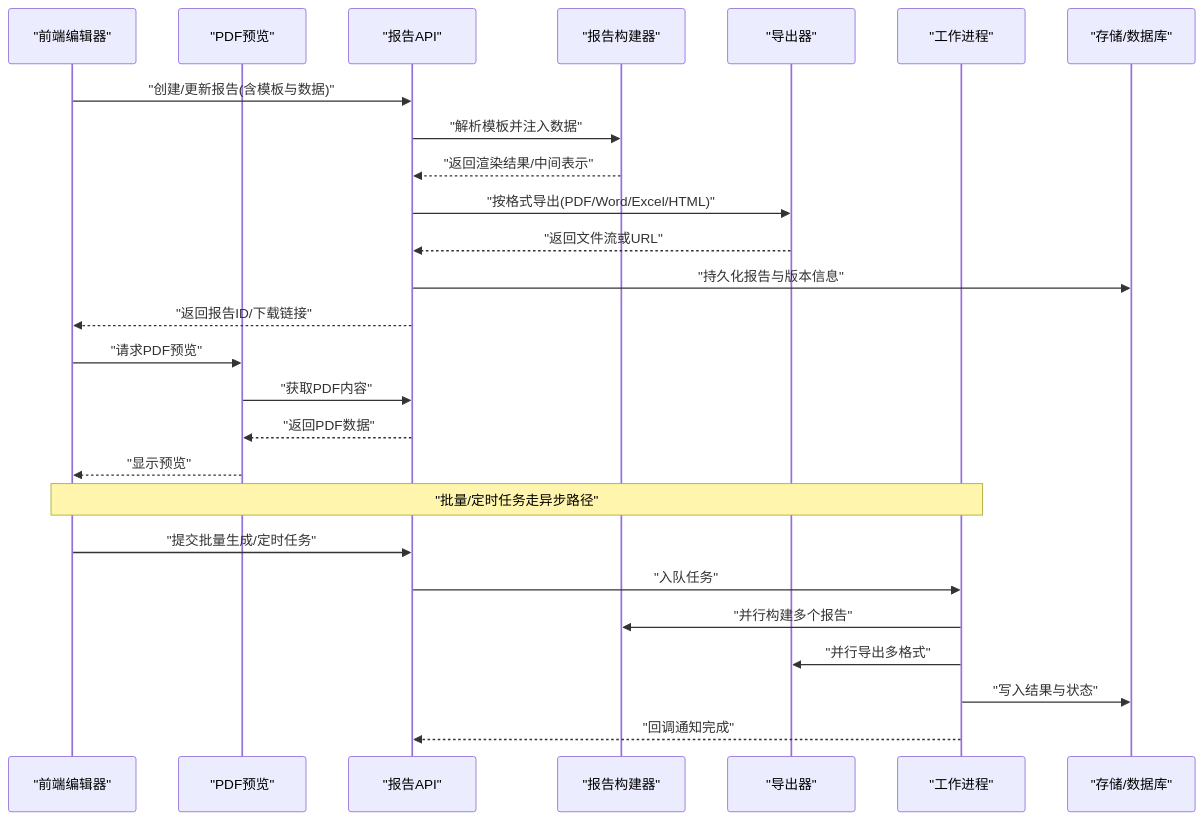
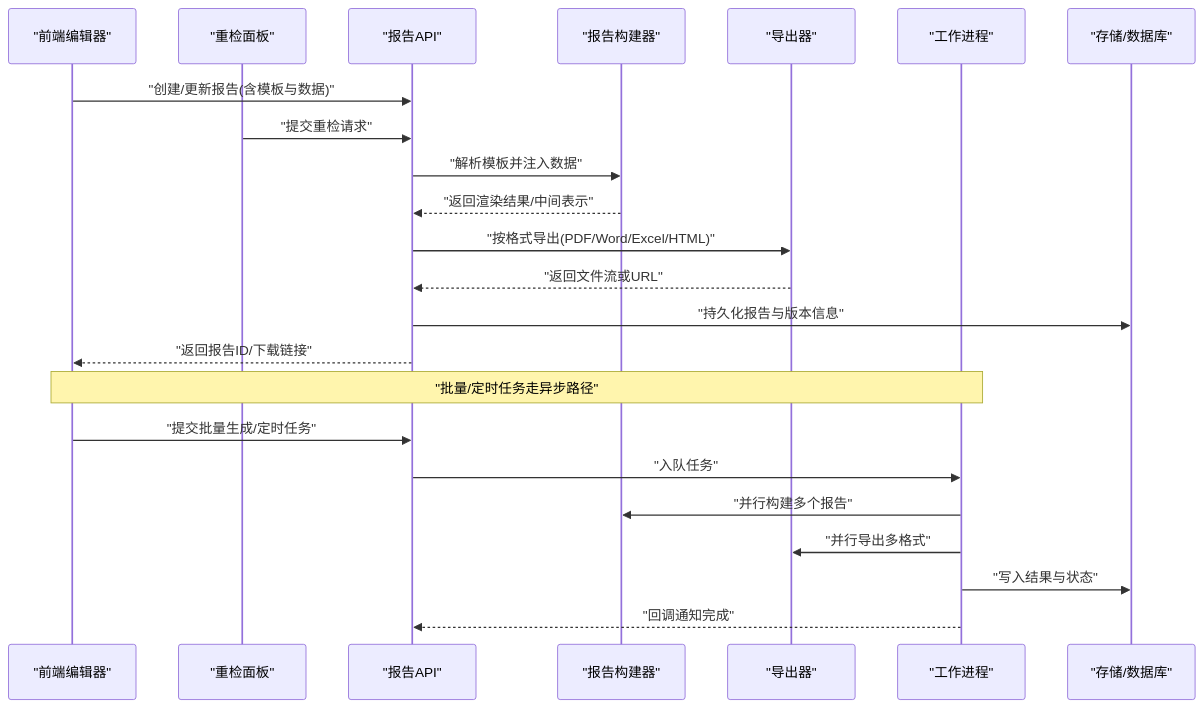
Before and after one commit to vu1Art1st/talos: the second of 4 diagrams in .qoder/repowiki/zh/content/项目概览/核心功能概述/报告生成模块.md, drawn with Mermaid. The commit also changed other lines of this file and 132 other files, not shown here.

````diff
--- a/.qoder/repowiki/zh/content/项目概览/核心功能概述/报告生成模块.md
+++ b/.qoder/repowiki/zh/content/项目概览/核心功能概述/报告生成模块.md
@@ -105,28 +134,25 @@
 ```mermaid
 sequenceDiagram
 participant FE as "前端编辑器"
-participant PDF as "PDF预览"
+participant Retest as "重检面板"
 participant API as "报告API"
 participant Builder as "报告构建器"
 participant Exporter as "导出器"
 participant Worker as "工作进程"
 participant Store as "存储/数据库"
 FE->>API : "创建/更新报告(含模板与数据)"
+Retest->>API : "提交重检请求"
 API->>Builder : "解析模板并注入数据"
 Builder-->>API : "返回渲染结果/中间表示"
 API->>Exporter : "按格式导出(PDF/Word/Excel/HTML)"
 Exporter-->>API : "返回文件流或URL"
 API->>Store : "持久化报告与版本信息"
 API-->>FE : "返回报告ID/下载链接"
-FE->>PDF : "请求PDF预览"
-PDF->>API : "获取PDF内容"
-API-->>PDF : "返回PDF数据"
-PDF-->>FE : "显示预览"
 Note over FE,Worker : "批量/定时任务走异步路径"
 FE->>API : "提交批量生成/定时任务"
 API->>Worker : "入队任务"
 Worker->>Builder : "并行构建多个报告"
 Worker->>Exporter : "并行导出多格式"
 Worker->>Store : "写入结果与状态"
 Worker-->>API : "回调通知完成"
 ```
````
